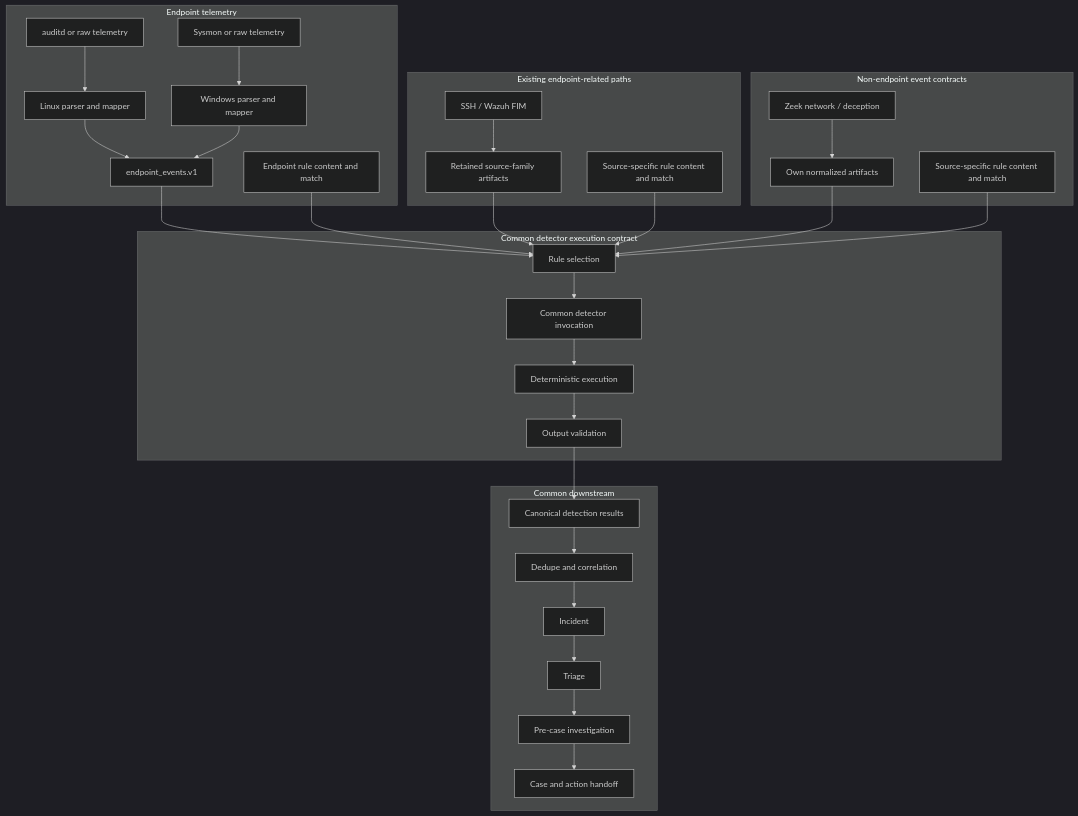
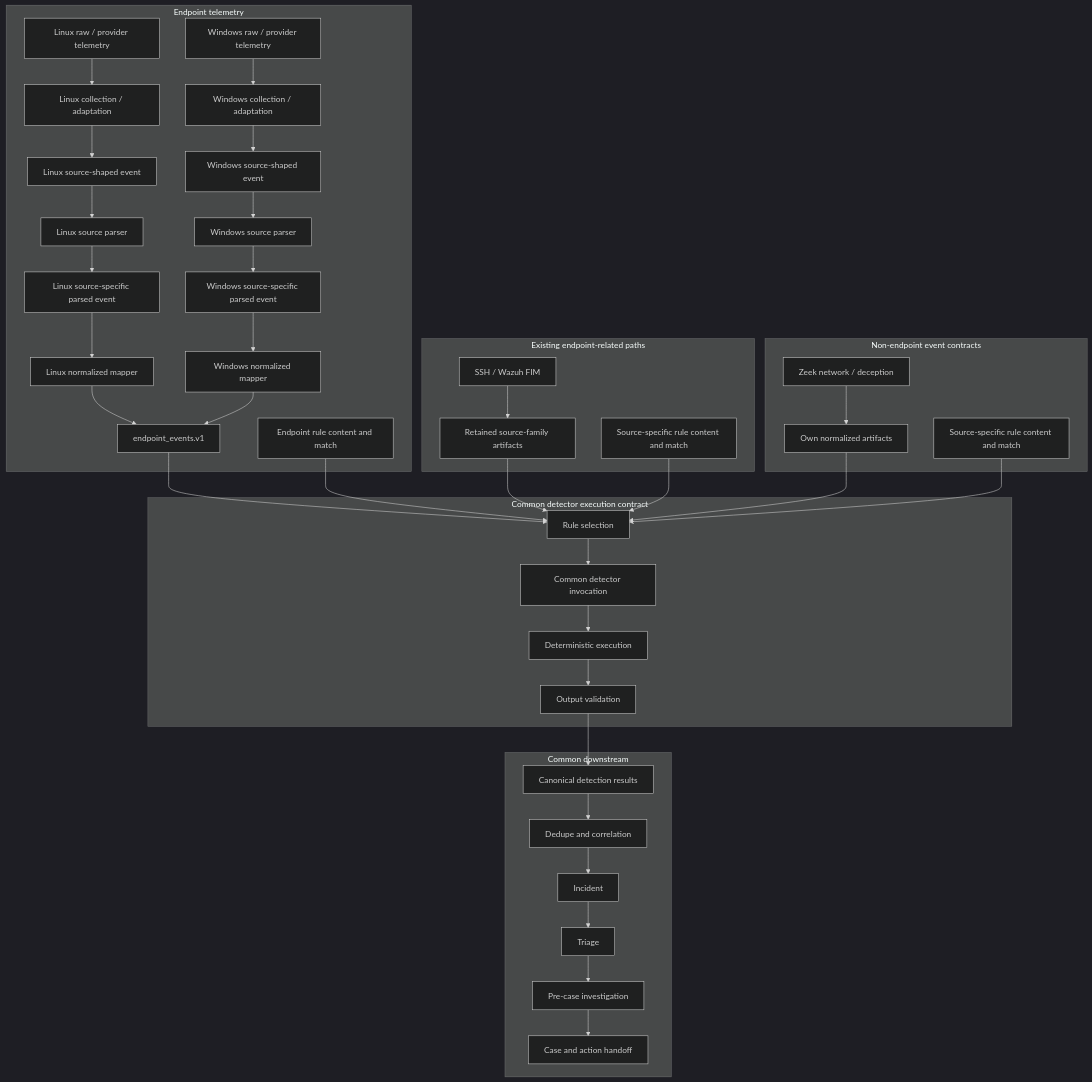
Before and after one commit to jpsuper/intelligent-soc-lab-portfolio: the third of 4 diagrams in docs/architecture/defender-event-processing-flow.md, drawn with Mermaid (dark theme). The commit also changed other lines of this file and 1 other file, not shown here.

First line of the commit message:
docs: sync defender event processing flow (#7)

````diff
--- a/docs/architecture/defender-event-processing-flow.md
+++ b/docs/architecture/defender-event-processing-flow.md
@@ -318,60 +386,77 @@
 ```mermaid
 flowchart TD
     subgraph Endpoint[Endpoint telemetry]
-        LA[auditd or raw telemetry]
-        LP[Linux parser and mapper]
-        WA[Sysmon or raw telemetry]
-        WP[Windows parser and mapper]
+        LR[Linux raw / provider telemetry]
+        LA[Linux collection / adaptation]
+        LS[Linux source-shaped event]
+        LP[Linux source parser]
+        LSP[Linux source-specific parsed event]
+        LM[Linux normalized mapper]
+        WR[Windows raw / provider telemetry]
+        WA[Windows collection / adaptation]
+        WS[Windows source-shaped event]
+        WP[Windows source parser]
+        WSP[Windows source-specific parsed event]
+        WM[Windows normalized mapper]
         E[endpoint_events.v1]
         ER[Endpoint rule content and match]
 
-        LA --> LP
-        WA --> WP
-        LP --> E
-        WP --> E
+        LR --> LA
+        LA --> LS
+        LS --> LP
+        LP --> LSP
+        LSP --> LM
+        LM --> E
+
+        WR --> WA
+        WA --> WS
+        WS --> WP
+        WP --> WSP
+        WSP --> WM
+        WM --> E
     end
 
     subgraph Existing[Existing endpoint-related paths]
         ES[SSH / Wazuh FIM]
         EA[Retained source-family artifacts]
         EL[Source-specific rule content and match]
 
         ES --> EA
     end
 
     subgraph Other[Non-endpoint event contracts]
         OS[Zeek network / deception]
         OA[Own normalized artifacts]
         OL[Source-specific rule content and match]
 
         OS --> OA
     end
 
     subgraph Detector[Common detector execution contract]
         RS[Rule selection]
         DI[Common detector invocation]
         DE[Deterministic execution]
         OV[Output validation]
 
         RS --> DI
         DI --> DE
         DE --> OV
     end
 
     subgraph Common[Common downstream]
         R[Canonical detection results]
         R --> DC[Dedupe and correlation]
         DC --> I[Incident]
         I --> T[Triage]
         T --> V[Pre-case investigation]
         V --> C[Case and action handoff]
     end
 
     E --> RS
     ER --> RS
     EA --> RS
     EL --> RS
     OA --> RS
     OL --> RS
     OV --> R
 ```
````
